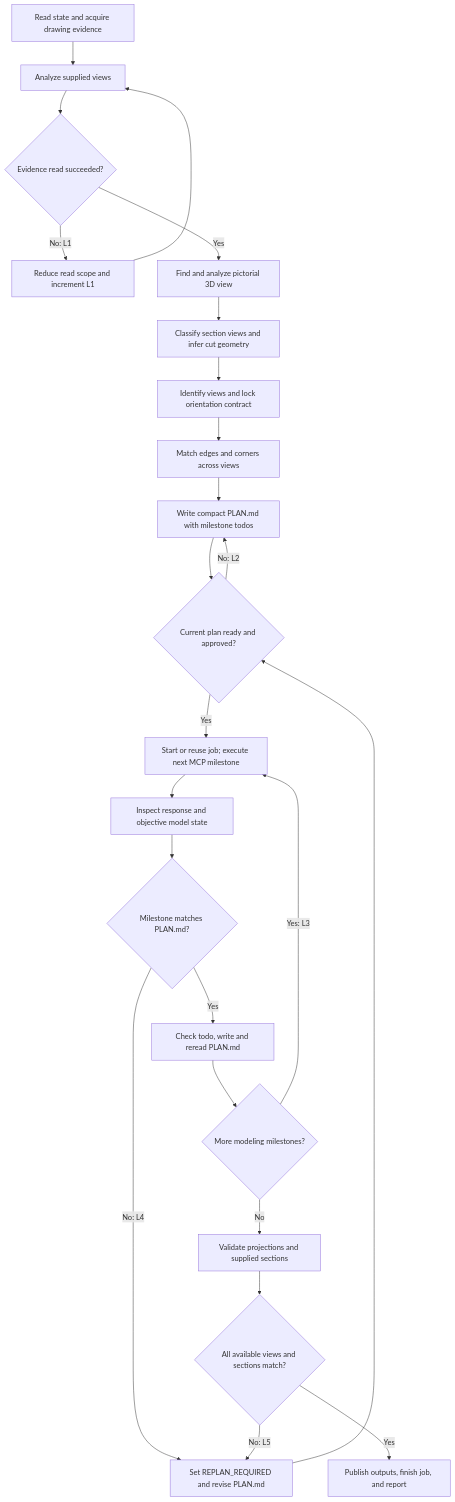
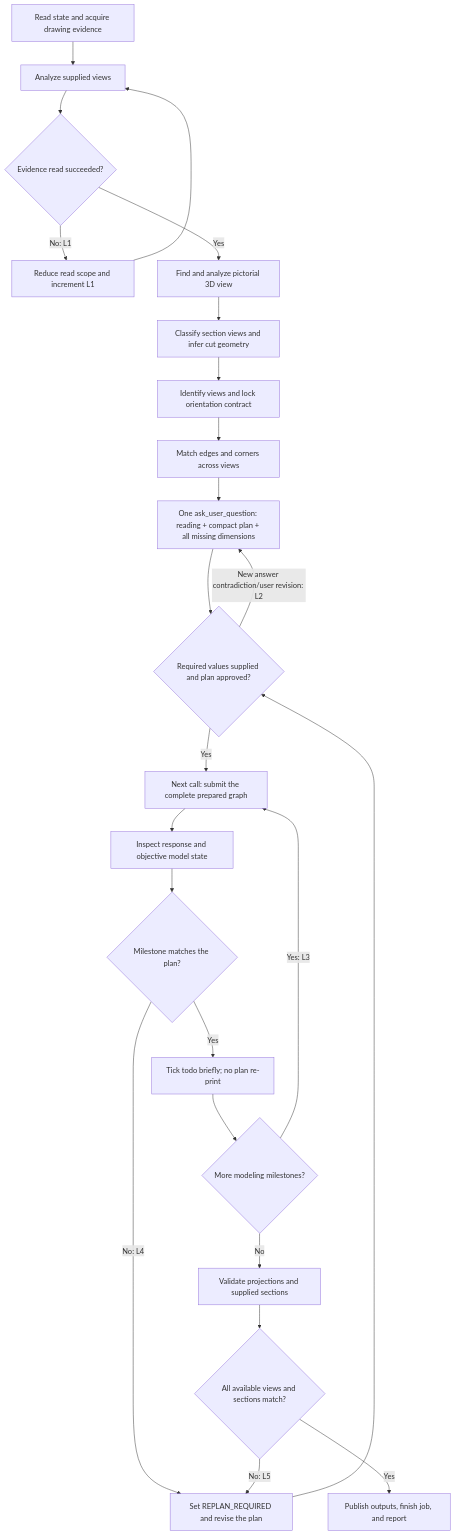
Before and after one commit to tian-yu200/solidworks-cad-skill: the diagram in SKILL.md, drawn with Mermaid. The commit also changed other lines of this file and 84 other files, not shown here.

Commit message:
feat(v2.0.0): upgrade to 12-tool SolidWorks MCP plugin and complete skill references

````diff
--- a/SKILL.md
+++ b/SKILL.md
@@ -59,26 +118,26 @@
 ```mermaid
 flowchart TD
     A["Read state and acquire drawing evidence"] --> B["Analyze supplied views"]
     B --> Q{"Evidence read succeeded?"}
     Q -- "No: L1" --> R["Reduce read scope and increment L1"]
     R --> B
     Q -- "Yes" --> P["Find and analyze pictorial 3D view"]
     P --> S["Classify section views and infer cut geometry"]
     S --> O["Identify views and lock orientation contract"]
     O --> C["Match edges and corners across views"]
-    C --> D["Write compact PLAN.md with milestone todos"]
-    D --> E{"Current plan ready and approved?"}
-    E -- "No: L2" --> D
-    E -- "Yes" --> F["Start or reuse job; execute next MCP milestone"]
+    C --> D["One ask_user_question: reading + compact plan + all missing dimensions"]
+    D --> E{"Required values supplied and plan approved?"}
+    E -- "New answer contradiction/user revision: L2" --> D
+    E -- "Yes" --> F["Next call: submit the complete prepared graph"]
     F --> G["Inspect response and objective model state"]
-    G --> H{"Milestone matches PLAN.md?"}
-    H -- "No: L4" --> X["Set REPLAN_REQUIRED and revise PLAN.md"]
+    G --> H{"Milestone matches the plan?"}
+    H -- "No: L4" --> X["Set REPLAN_REQUIRED and revise the plan"]
     X --> E
-    H -- "Yes" --> I["Check todo, write and reread PLAN.md"]
+    H -- "Yes" --> I["Tick todo briefly; no plan re-print"]
     I --> J{"More modeling milestones?"}
     J -- "Yes: L3" --> F
     J -- "No" --> K["Validate projections and supplied sections"]
     K --> L{"All available views and sections match?"}
     L -- "No: L5" --> X
     L -- "Yes" --> M["Publish outputs, finish job, and report"]
 ```
````
